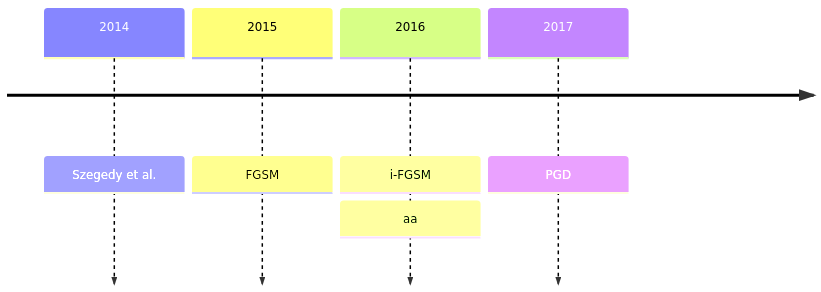
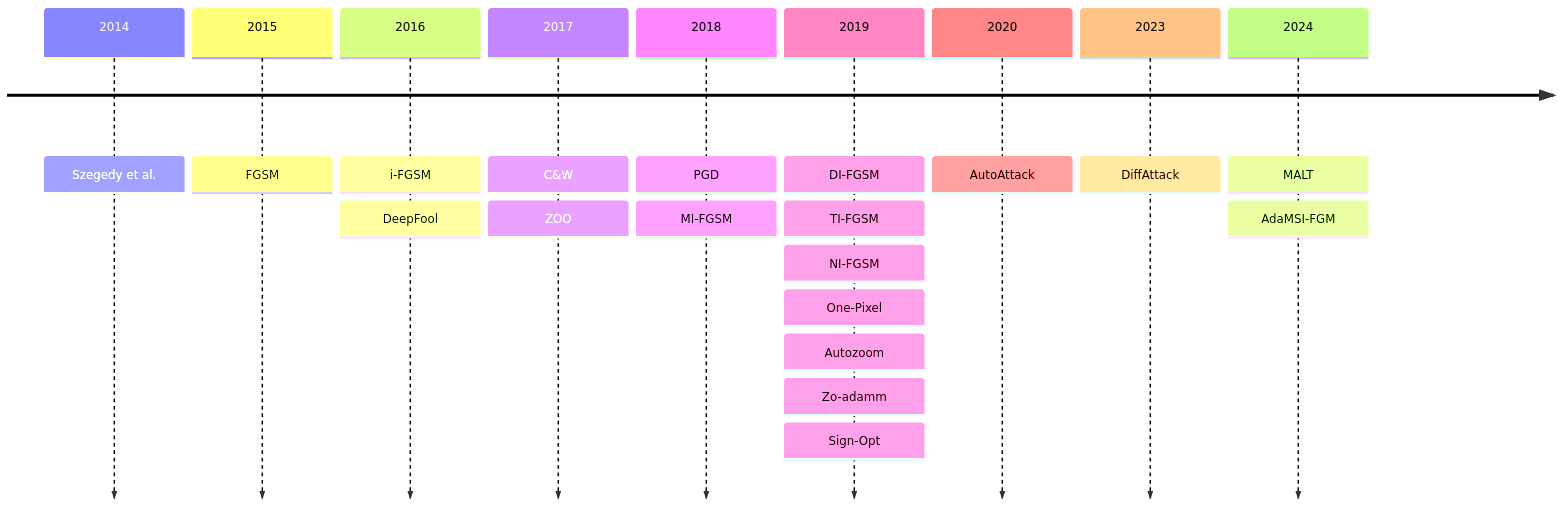
The diagram in _posts/2024-09-31-rw_adex.md (lorenz-peter/lorenz-peter.github.io), drawn with Mermaid before and after one commit. The commit also changed other lines of this file, not shown here.

Commit message:
add timeline

````diff
--- a/_posts/2024-09-31-rw_adex.md
+++ b/_posts/2024-09-31-rw_adex.md
@@ -46,7 +48,12 @@
 ```mermaid
 timeline
     2014 : Szegedy et al.
     2015 : FGSM
-    2016 : i-FGSM : aa
-    2017 : PGD
+    2016 : i-FGSM : DeepFool
+    2017 : C&W : ZOO
+    2018 : PGD : MI-FGSM
+    2019 : DI-FGSM : TI-FGSM : NI-FGSM : One-Pixel : Autozoom : Zo-adamm : Sign-Opt 
+    2020 : AutoAttack 
+    2023 : DiffAttack 
+    2024 : MALT : AdaMSI-FGM
 ```
````
